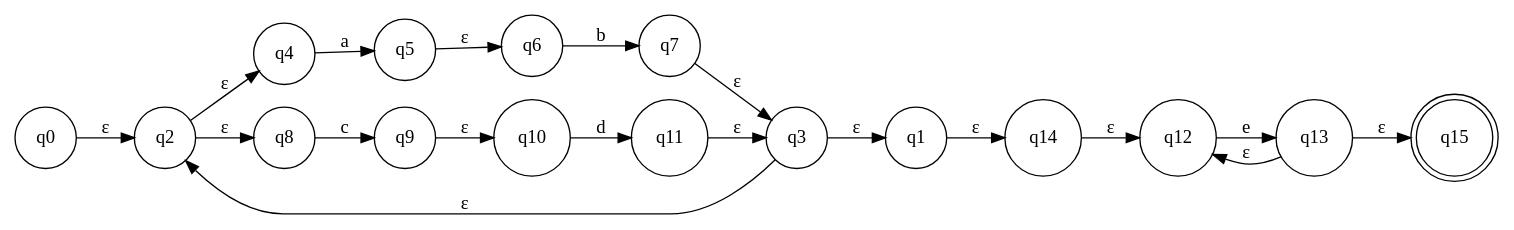
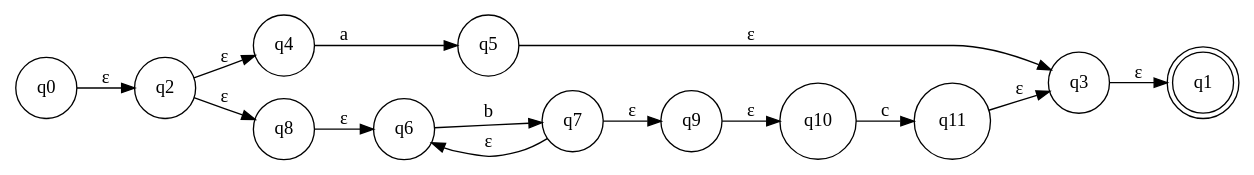
Before and after one commit to DjoCoding/regex: the diagram in nfa.dot, drawn with Graphviz. The commit also changed 9 other files, not shown here.

```diff
--- a/nfa.dot
+++ b/nfa.dot
@@ -1,38 +1,29 @@
 digraph NFA {
 	rankdir=LR;
 	node [shape=circle];
 	q0 [label="q0"];
 	q0 -> q2 [label="ε"];
 	q2 [label="q2"];
 	q2 -> q4 [label="ε"];
 	q4 [label="q4"];
 	q4 -> q5 [label="a"];
 	q5 [label="q5"];
-	q5 -> q6 [label="ε"];
+	q5 -> q3 [label="ε"];
+	q3 [label="q3"];
+	q3 -> q1 [label="ε"];
+	q1 [shape=doublecircle];
+	q2 -> q8 [label="ε"];
+	q8 [label="q8"];
+	q8 -> q6 [label="ε"];
 	q6 [label="q6"];
 	q6 -> q7 [label="b"];
 	q7 [label="q7"];
-	q7 -> q3 [label="ε"];
-	q3 [label="q3"];
-	q3 -> q2 [label="ε"];
-	q3 -> q1 [label="ε"];
-	q1 [label="q1"];
-	q1 -> q14 [label="ε"];
-	q14 [label="q14"];
-	q14 -> q12 [label="ε"];
-	q12 [label="q12"];
-	q12 -> q13 [label="e"];
-	q13 [label="q13"];
-	q13 -> q15 [label="ε"];
-	q15 [shape=doublecircle];
-	q13 -> q12 [label="ε"];
-	q2 -> q8 [label="ε"];
-	q8 [label="q8"];
-	q8 -> q9 [label="c"];
+	q7 -> q9 [label="ε"];
 	q9 [label="q9"];
 	q9 -> q10 [label="ε"];
 	q10 [label="q10"];
-	q10 -> q11 [label="d"];
+	q10 -> q11 [label="c"];
 	q11 [label="q11"];
 	q11 -> q3 [label="ε"];
+	q7 -> q6 [label="ε"];
 }
```
